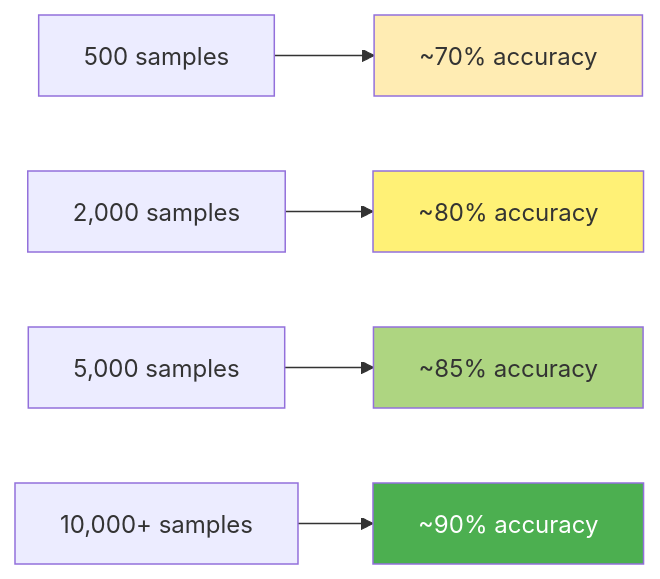
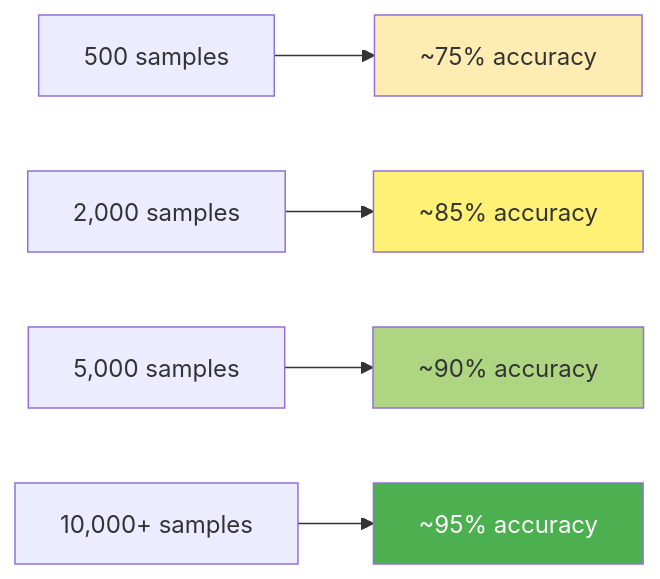
Diagram 13 of 16 in docs/workflow_complete_guide.md (SITES-spectral/phenocai), drawn with Mermaid before and after one commit. The commit also changed other lines of this file and 20 other files, not shown here.

````diff
--- a/docs/workflow_complete_guide.md
+++ b/docs/workflow_complete_guide.md
@@ -402,12 +436,12 @@
 ```mermaid
 graph LR
-    A[500 samples] --> B[~70% accuracy]
-    C[2,000 samples] --> D[~80% accuracy]
-    E[5,000 samples] --> F[~85% accuracy]
-    G[10,000+ samples] --> H[~90% accuracy]
+    A[500 samples] --> B[~75% accuracy]
+    C[2,000 samples] --> D[~85% accuracy]
+    E[5,000 samples] --> F[~90% accuracy]
+    G[10,000+ samples] --> H[~95% accuracy]
     
     style B fill:#ffecb3
     style D fill:#fff176
     style F fill:#aed581
     style H fill:#4caf50,color:#fff
 ```
````
